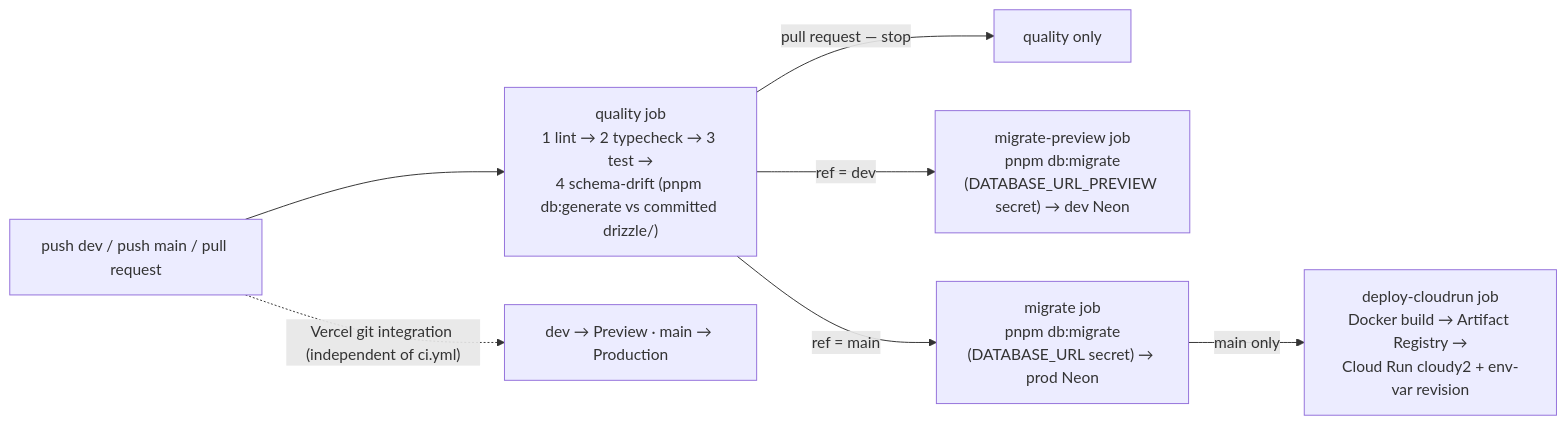
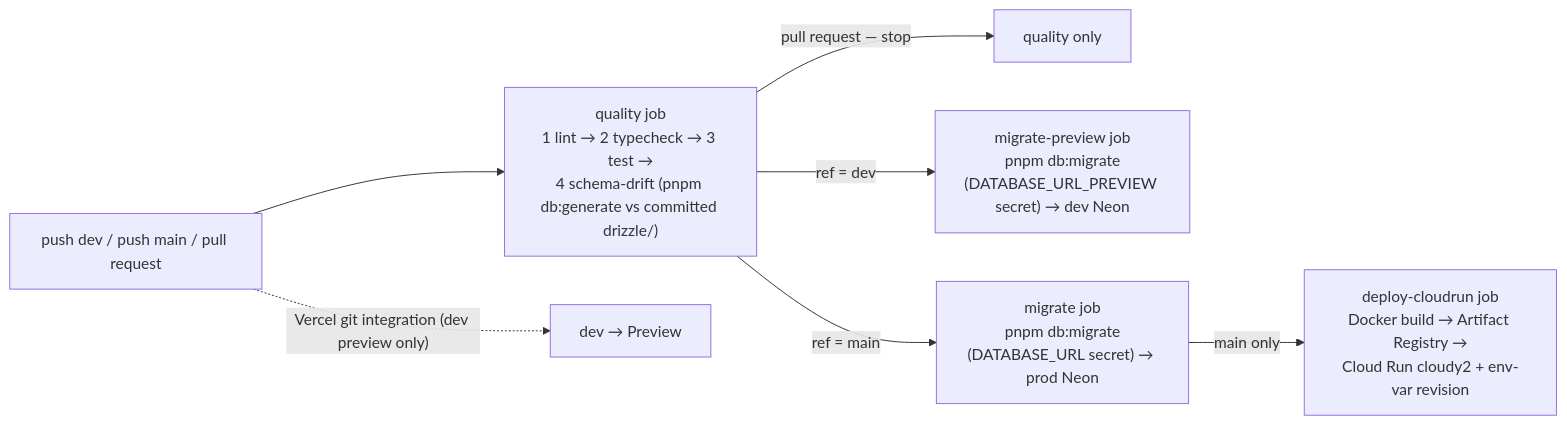
The first of 3 diagrams in docs/developer-guide.md (oncloudnintynineone-source/cloudy2), drawn with Mermaid before and after one commit. The commit also changed other lines of this file and 12 other files, not shown here.

Commit message:
Update docs on production and dev env

````diff
--- a/docs/developer-guide.md
+++ b/docs/developer-guide.md
@@ -155,9 +157,9 @@
 ```mermaid
 flowchart LR
  TRIG["push dev / push main / pull request"] --> Q["quality job<br/>1 lint → 2 typecheck → 3 test →<br/>4 schema-drift (pnpm db:generate vs committed drizzle/)"]
  Q -->|"pull request — stop"| PR["quality only"]
  Q -->|"ref = dev"| MP["migrate-preview job<br/>pnpm db:migrate<br/>(DATABASE_URL_PREVIEW secret) → dev Neon"]
  Q -->|"ref = main"| MIG["migrate job<br/>pnpm db:migrate<br/>(DATABASE_URL secret) → prod Neon"]
  MIG -->|"main only"| CR["deploy-cloudrun job<br/>Docker build → Artifact Registry →<br/>Cloud Run cloudy2 + env-var revision"]
- TRIG -. "Vercel git integration (independent of ci.yml)" .-> VER["dev → Preview · main → Production"]
+ TRIG -. "Vercel git integration (dev preview only)" .-> VER["dev → Preview"]
 ```
````
